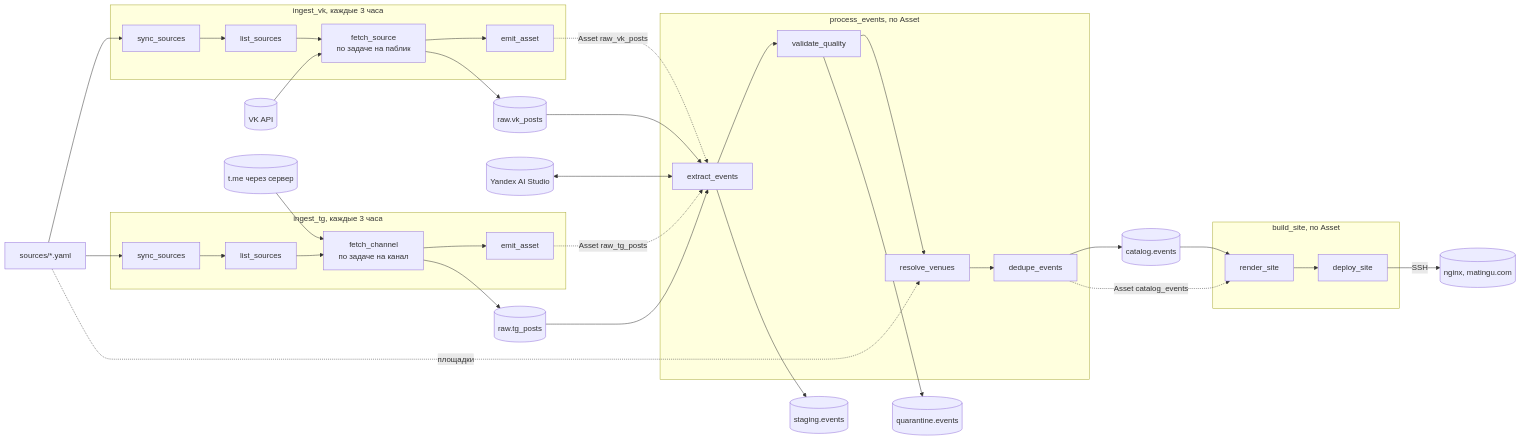
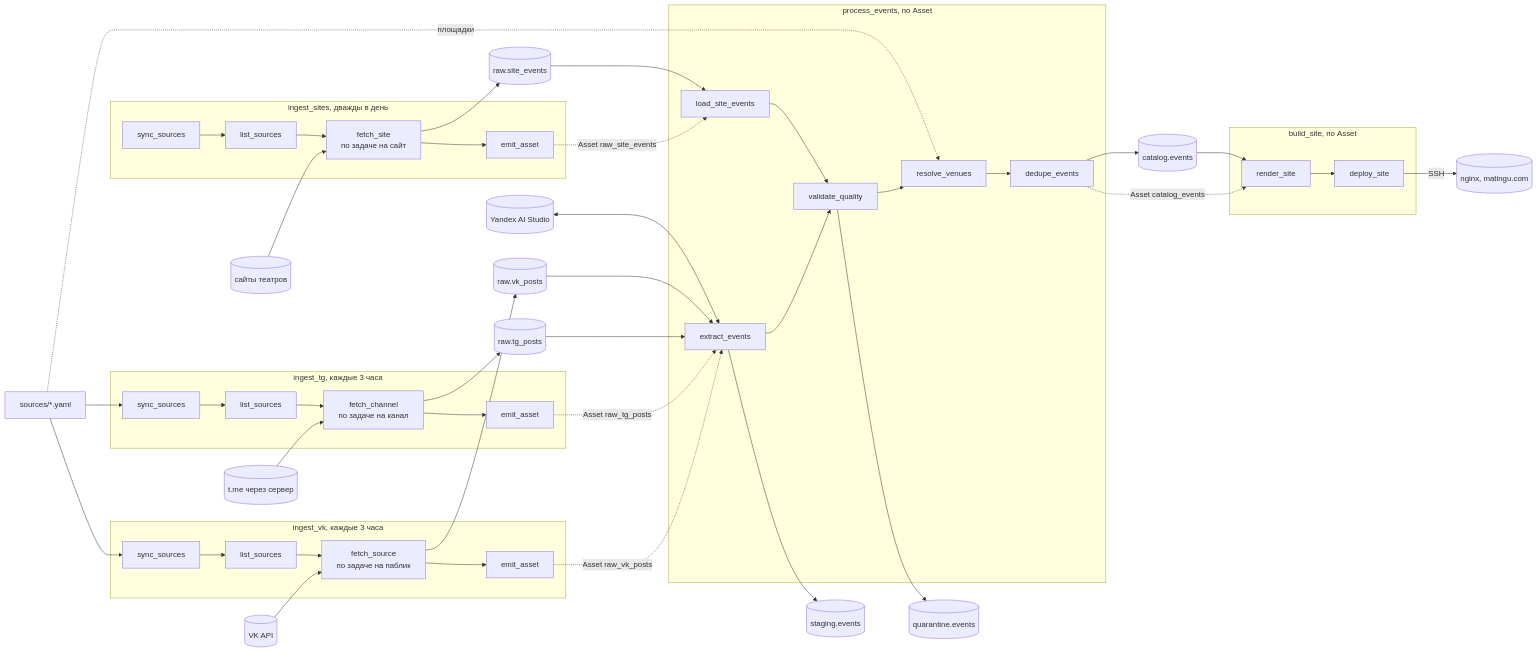
One commit to hmdlf/funfinder changed the diagram in README.md. Above: the diagram before and after it, drawn with Mermaid. The commit also changed other lines of this file and 30 other files, not shown here.

````diff
--- a/README.md
+++ b/README.md
@@ -11,33 +11,41 @@
 ```mermaid
 flowchart LR
     Y[sources/*.yaml] --> S
     VK[(VK API)] --> F
     subgraph ingest_vk ["ingest_vk, каждые 3 часа"]
         S[sync_sources] --> L[list_sources] --> F["fetch_source<br/>по задаче на паблик"] --> E[emit_asset]
     end
     F --> R[(raw.vk_posts)]
     E -.->|Asset raw_vk_posts| X
     TG[(t.me через сервер)] --> TF
     subgraph ingest_tg ["ingest_tg, каждые 3 часа"]
         TS[sync_sources] --> TL[list_sources] --> TF["fetch_channel<br/>по задаче на канал"] --> TE[emit_asset]
     end
     Y --> TS
     TF --> TR[(raw.tg_posts)]
     TE -.->|Asset raw_tg_posts| X
     TR --> X
+    SW[(сайты театров)] --> SF
+    subgraph ingest_sites ["ingest_sites, дважды в день"]
+        SS[sync_sources] --> SL[list_sources] --> SF["fetch_site<br/>по задаче на сайт"] --> SE[emit_asset]
+    end
+    SF --> SR[(raw.site_events)]
+    SE -.->|Asset raw_site_events| LS
+    SR --> LS
     subgraph process_events ["process_events, по Asset"]
         X[extract_events] --> V[validate_quality] --> RV[resolve_venues] --> D[dedupe_events]
+        LS[load_site_events] --> V
     end
     Y -.->|площадки| RV
     R --> X
     LLM[(Yandex AI Studio)] <--> X
     X --> ST[(staging.events)]
     V --> Q[(quarantine.events)]
     D --> C[(catalog.events)]
     D -.->|Asset catalog_events| RS
     subgraph build_site ["build_site, по Asset"]
         RS[render_site] --> DS[deploy_site]
     end
     C --> RS
     DS -->|SSH| W[(nginx, matingu.com)]
 ```
````
